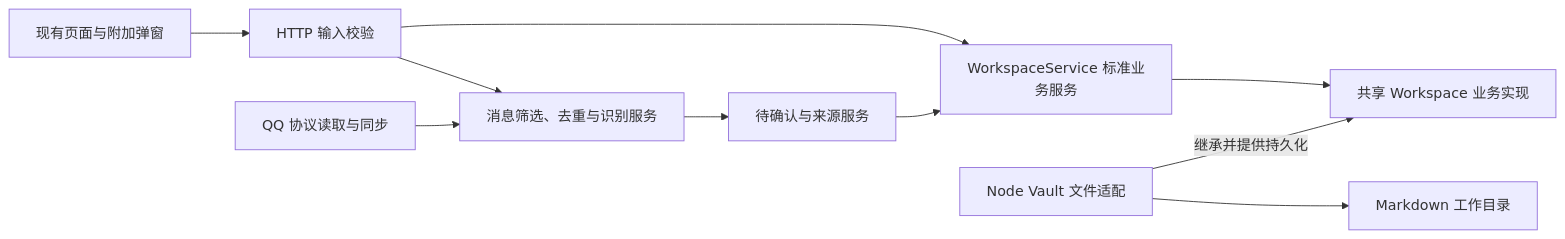
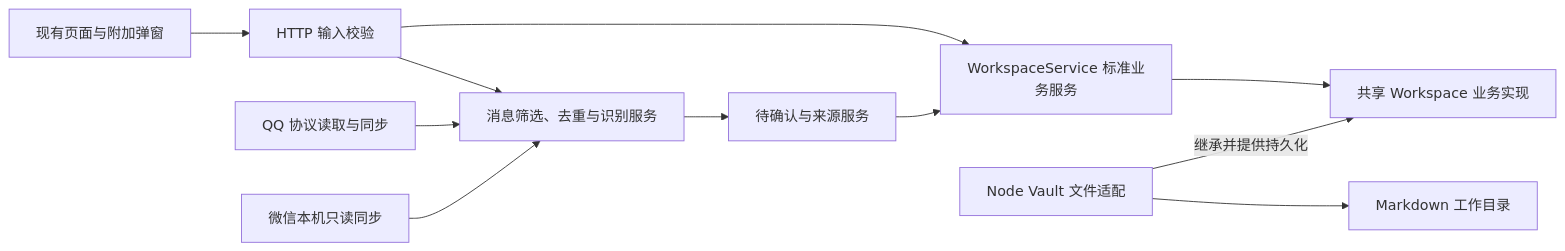
The diagram in docs/architecture/business-api.md (weiraemon/TRACE_WorkLifeBalance), drawn with Mermaid before and after one commit. The commit also changed other lines of this file and 31 other files, not shown here.

````diff
--- a/docs/architecture/business-api.md
+++ b/docs/architecture/business-api.md
@@ -7,12 +7,13 @@
 ```mermaid
 flowchart LR
   Web[现有页面与附加弹窗] --> HTTP[HTTP 输入校验]
   QQ[QQ 协议读取与同步] --> Intake[消息筛选、去重与识别服务]
+  WeChat[微信本机只读同步] --> Intake
   HTTP --> Business[WorkspaceService 标准业务服务]
   HTTP --> Intake
   Intake --> Inbox[待确认与来源服务]
   Inbox --> Business
   Business --> Core[共享 Workspace 业务实现]
   Vault[Node Vault 文件适配] -->|继承并提供持久化| Core
   Vault --> Markdown[Markdown 工作目录]
 ```
````
